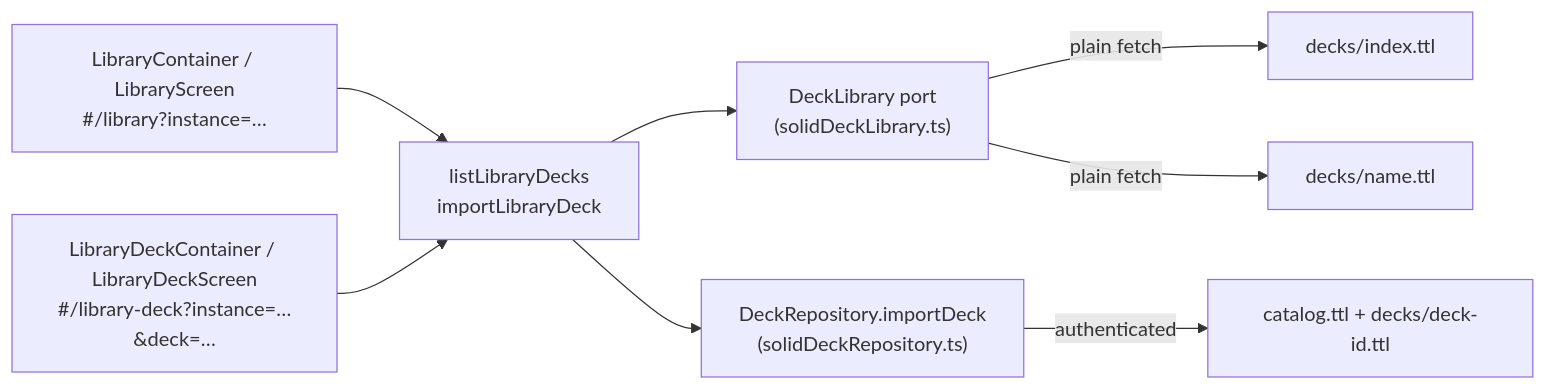
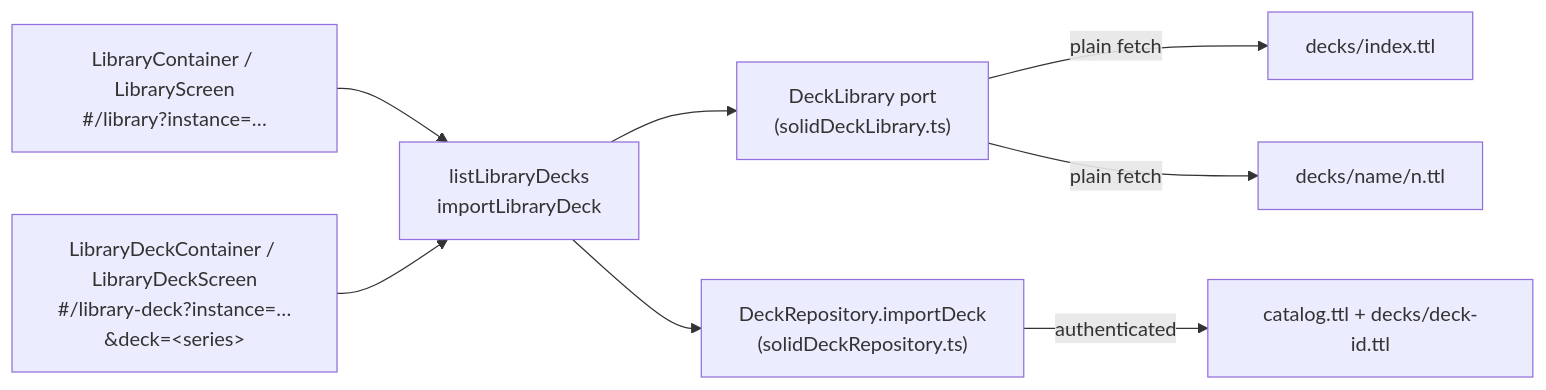
The second of 2 diagrams in docs/deck-library.md (antwika/solid-memo), drawn with Mermaid before and after one commit. The commit also changed other lines of this file and 227 other files, not shown here.

````diff
--- a/docs/deck-library.md
+++ b/docs/deck-library.md
@@ -160,10 +195,10 @@
 ```mermaid
 flowchart LR
     ui["LibraryContainer / LibraryScreen<br/>#/library?instance=…"] --> uc["listLibraryDecks<br/>importLibraryDeck"]
-    page["LibraryDeckContainer / LibraryDeckScreen<br/>#/library-deck?instance=…&deck=…"] --> uc
+    page["LibraryDeckContainer / LibraryDeckScreen<br/>#/library-deck?instance=…&deck=&lt;series&gt;"] --> uc
     uc --> lib["DeckLibrary port<br/>(solidDeckLibrary.ts)"]
     uc --> repo["DeckRepository.importDeck<br/>(solidDeckRepository.ts)"]
     lib -->|plain fetch| idx["decks/index.ttl"]
-    lib -->|plain fetch| doc["decks/name.ttl"]
+    lib -->|plain fetch| doc["decks/name/n.ttl"]
     repo -->|authenticated| pod["catalog.ttl + decks/deck-id.ttl"]
 ```
````
